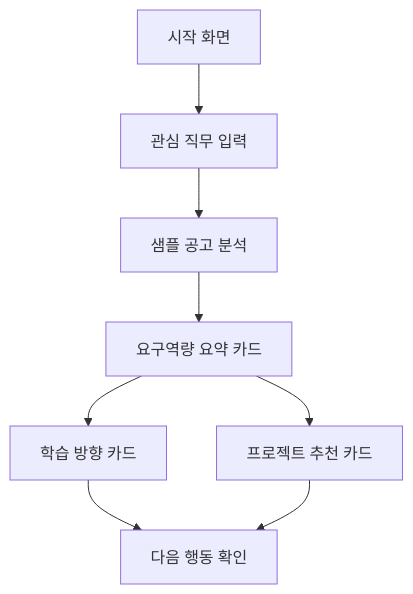
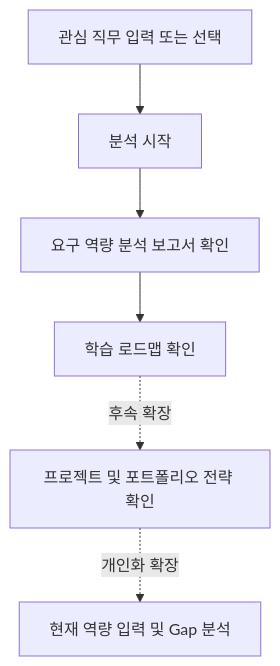
One commit to Mureung1/hub-showcase changed the diagram in docs/plan.md. Above: the diagram before and after it, drawn with Mermaid. The commit also changed other lines of this file and 3 other files, not shown here.

````diff
--- a/docs/plan.md
+++ b/docs/plan.md
@@ -201,10 +268,9 @@
 ```mermaid
 flowchart TD
-    A[시작 화면] --> B[관심 직무 입력]
-    B --> C[샘플 공고 분석]
-    C --> D[요구역량 요약 카드]
-    D --> E[학습 방향 카드]
-    D --> F[프로젝트 추천 카드]
-    E --> G[다음 행동 확인]
-    F --> G
+    A[관심 직무 입력 또는 선택] --> B[분석 시작]
+    B --> C[요구 역량 분석 보고서 확인]
+    C --> D[학습 로드맵 확인]
+
+    D -. 후속 확장 .-> E[프로젝트 및 포트폴리오 전략 확인]
+    E -. 개인화 확장 .-> F[현재 역량 입력 및 Gap 분석]
 ```
````
